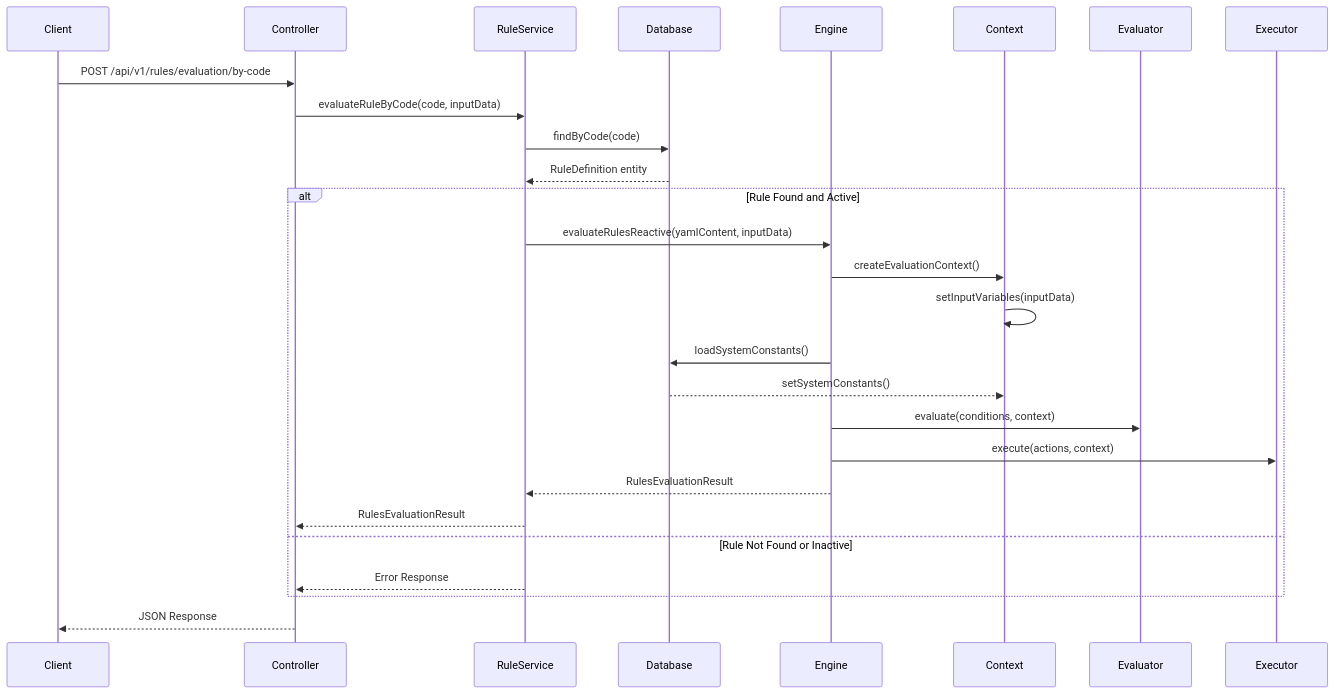
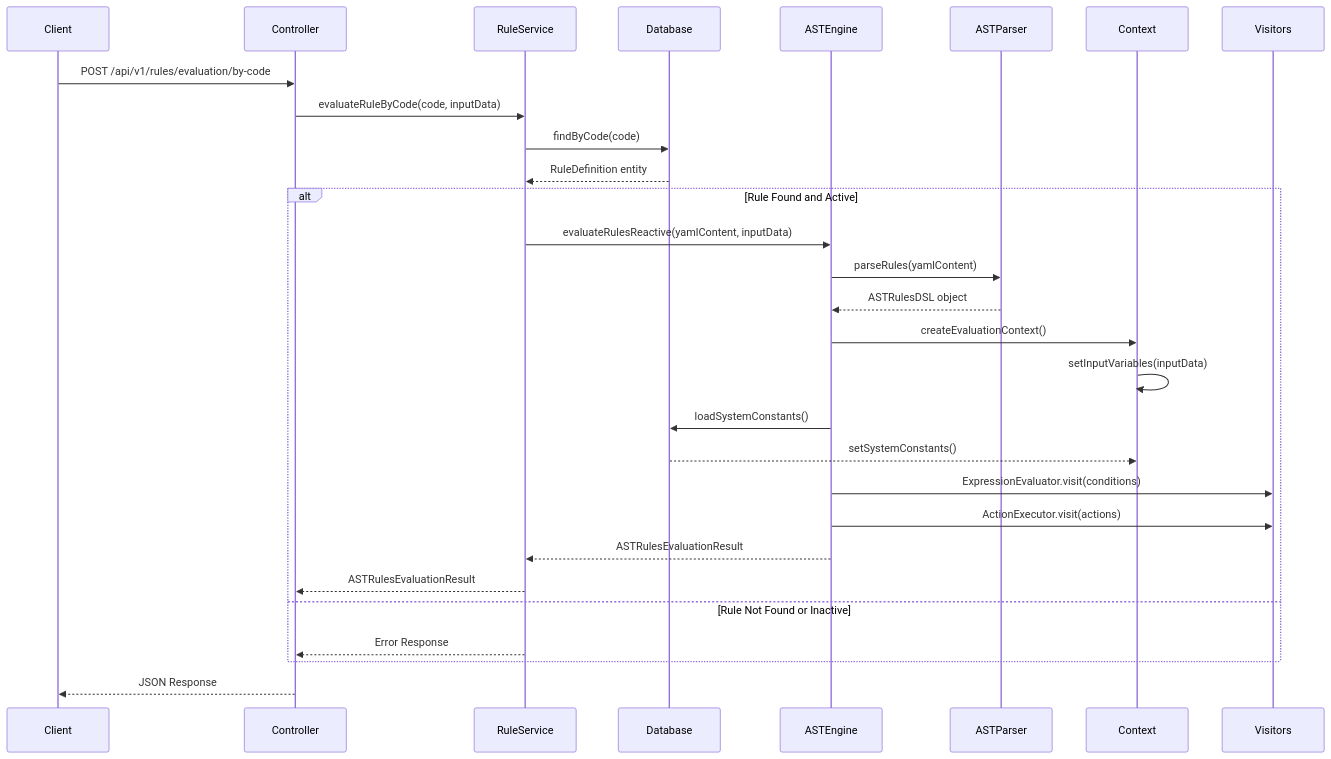
The fourth of 8 diagrams in docs/architecture.md (fireflyframework/fireflyframework-rule-engine), drawn with Mermaid before and after one commit. The commit also changed other lines of this file and 2 other files, not shown here.

````diff
--- a/docs/architecture.md
+++ b/docs/architecture.md
@@ -182,34 +302,36 @@
 ```mermaid
 sequenceDiagram
     participant Client
     participant Controller
     participant RuleService
     participant Database
-    participant Engine
+    participant ASTEngine
+    participant ASTParser
     participant Context
-    participant Evaluator
-    participant Executor
+    participant Visitors
 
     Client->>Controller: POST /api/v1/rules/evaluation/by-code
     Controller->>RuleService: evaluateRuleByCode(code, inputData)
     RuleService->>Database: findByCode(code)
     Database-->>RuleService: RuleDefinition entity
 
     alt Rule Found and Active
-        RuleService->>Engine: evaluateRulesReactive(yamlContent, inputData)
-        Engine->>Context: createEvaluationContext()
+        RuleService->>ASTEngine: evaluateRulesReactive(yamlContent, inputData)
+        ASTEngine->>ASTParser: parseRules(yamlContent)
+        ASTParser-->>ASTEngine: ASTRulesDSL object
+        ASTEngine->>Context: createEvaluationContext()
         Context->>Context: setInputVariables(inputData)
 
-        Engine->>Database: loadSystemConstants()
+        ASTEngine->>Database: loadSystemConstants()
         Database-->>Context: setSystemConstants()
 
-        Engine->>Evaluator: evaluate(conditions, context)
-        Engine->>Executor: execute(actions, context)
-        Engine-->>RuleService: RulesEvaluationResult
-        RuleService-->>Controller: RulesEvaluationResult
+        ASTEngine->>Visitors: ExpressionEvaluator.visit(conditions)
+        ASTEngine->>Visitors: ActionExecutor.visit(actions)
+        ASTEngine-->>RuleService: ASTRulesEvaluationResult
+        RuleService-->>Controller: ASTRulesEvaluationResult
     else Rule Not Found or Inactive
         RuleService-->>Controller: Error Response
     end
 
     Controller-->>Client: JSON Response
 ```
````
